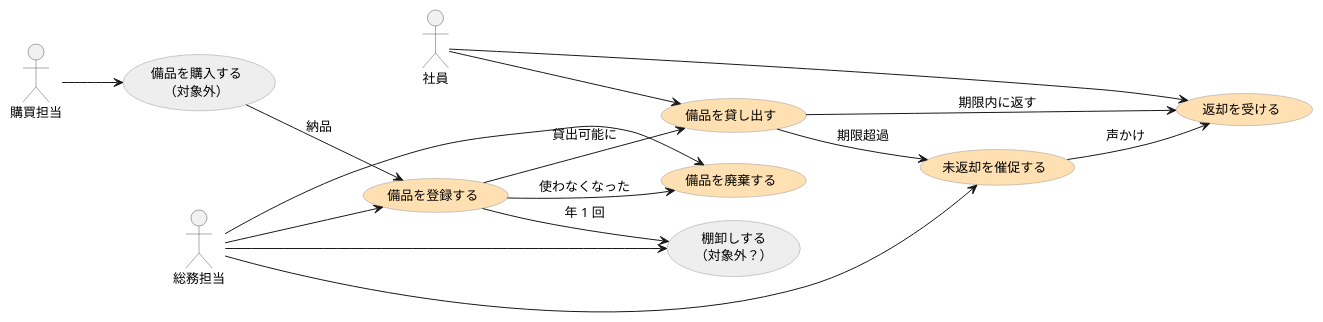
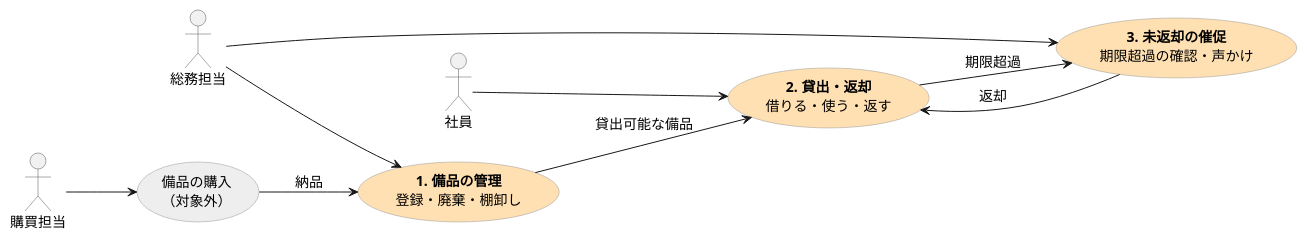
The diagram in src/content/docs/flow.md (ShoheiImamura/req-dev), drawn with PlantUML before and after one commit. The commit also changed other lines of this file and 14 other files, not shown here.

First line of the commit message:
業務を全体像と個別業務に分割、図の拡大をやめる

````diff
--- a/src/content/docs/flow.md
+++ b/src/content/docs/flow.md
@@ -16,38 +14,29 @@
 ```plantuml 業務の全体像
 @startuml
 left to right direction
-skinparam defaultFontSize 13
+skinparam defaultFontSize 14
 skinparam usecaseBorderColor #999
 skinparam actorBorderColor #555
-skinparam nodesep 20
-skinparam ranksep 60
+skinparam nodesep 30
+skinparam ranksep 70
 
 actor 購買担当 as buyer
 actor 総務担当 as admin
 actor 社員 as emp
 
-usecase "備品を購入する\n（対象外）" as p0 #EEEEEE
-usecase "備品を登録する" as b1 #FFE0B2
-usecase "備品を貸し出す" as b2 #FFE0B2
-usecase "返却を受ける" as b3 #FFE0B2
-usecase "未返却を催促する" as b4 #FFE0B2
-usecase "備品を廃棄する" as b5 #FFE0B2
-usecase "棚卸しする\n（対象外？）" as b6 #EEEEEE
+usecase "備品の購入\n（対象外）" as p0 #EEEEEE
+usecase "<b>1. 備品の管理</b>\n登録・廃棄・棚卸し" as b1 [[/docs/flow-manage]] #FFE0B2
+usecase "<b>2. 貸出・返却</b>\n借りる・使う・返す" as b2 [[/docs/flow-lend]] #FFE0B2
+usecase "<b>3. 未返却の催促</b>\n期限超過の確認・声かけ" as b3 [[/docs/flow-remind]] #FFE0B2
 
 p0 --> b1 : 納品
-b1 --> b2 : 貸出可能に
-b2 --> b3 : 期限内に返す
-b2 --> b4 : 期限超過
-b4 --> b3 : 声かけ
-b1 --> b5 : 使わなくなった
-b1 --> b6 : 年 1 回
+b1 --> b2 : 貸出可能な備品
+b2 --> b3 : 期限超過
+b3 --> b2 : 返却
 
 buyer --> p0
 admin --> b1
-admin --> b4
-admin --> b5
-admin --> b6
+admin --> b3
 emp --> b2
-emp --> b3
 @enduml
 ```
````
